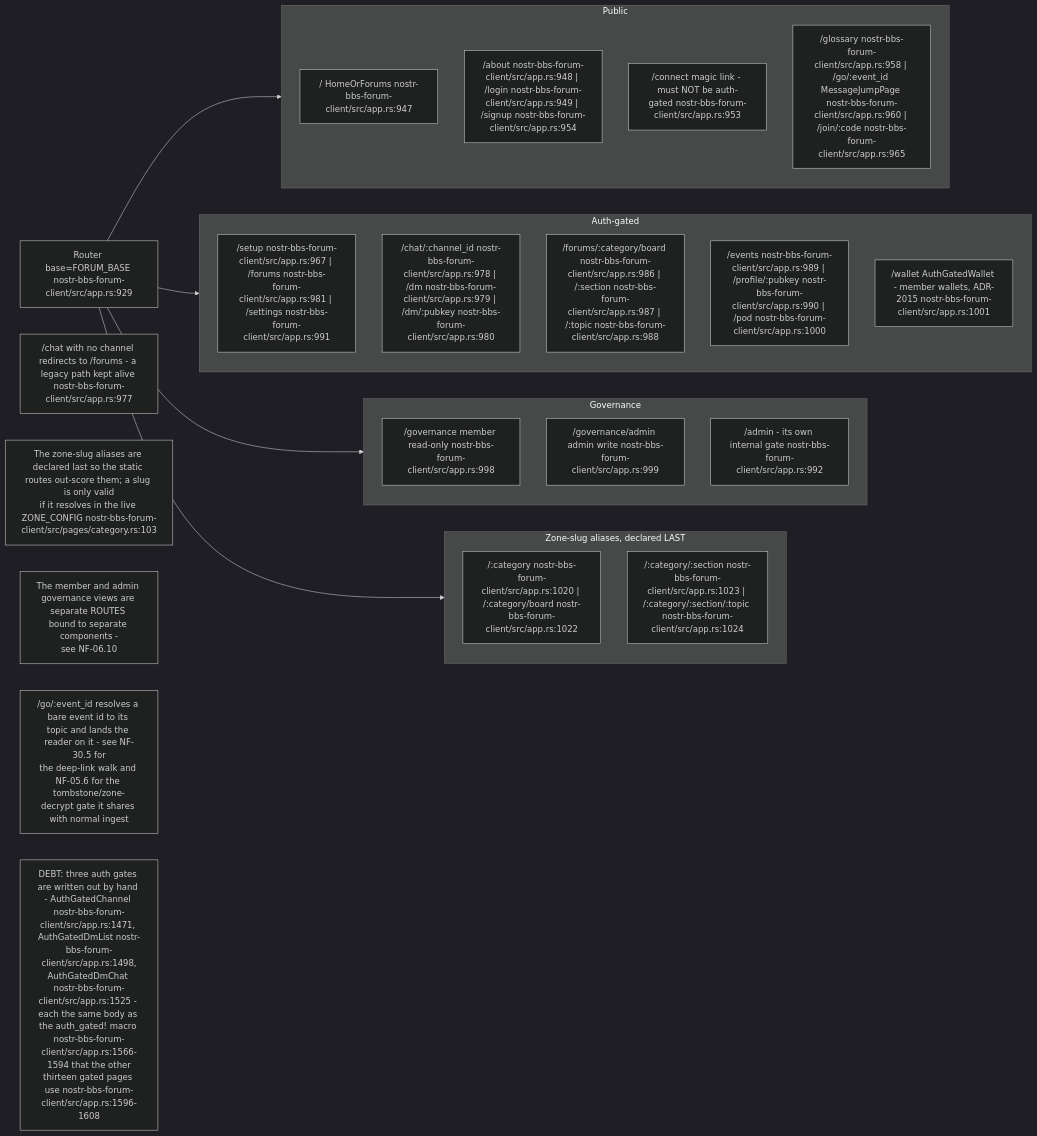
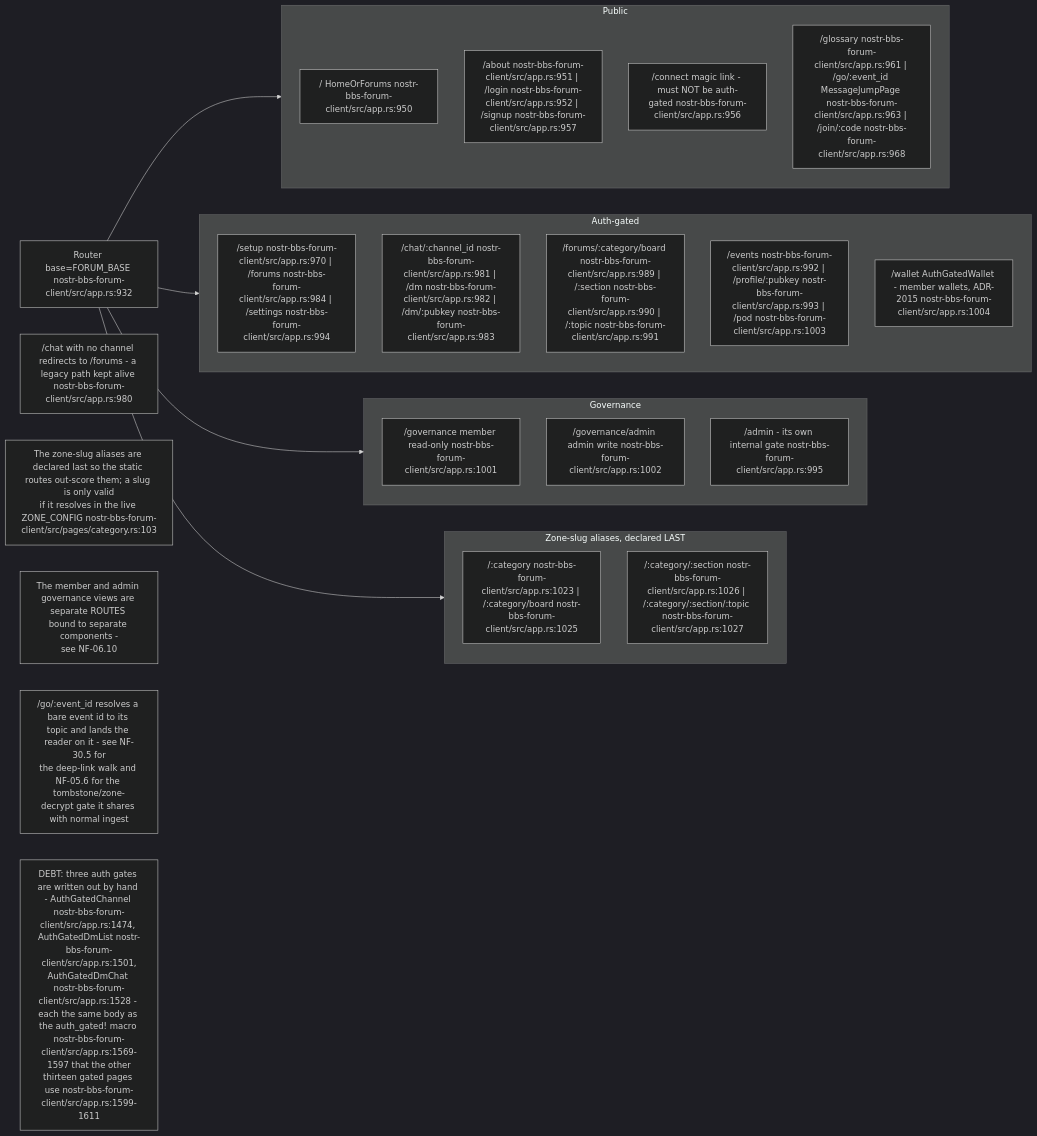
The second of 8 diagrams in docs/diagrams/nostr-rust-forum/05-leptos-clients-onboarding-messaging-governance.md (DreamLab-AI/VisionFlow), drawn with Mermaid (dark theme) before and after one commit. The commit also changed other lines of this file and 23 other files, not shown here.

First line of the commit message:
docs(diagrams): pass C nostr-rust-forum area re-verified at de31aaa

````diff
--- a/docs/diagrams/nostr-rust-forum/05-leptos-clients-onboarding-messaging-governance.md
+++ b/docs/diagrams/nostr-rust-forum/05-leptos-clients-onboarding-messaging-governance.md
@@ -117,33 +117,33 @@
 ```mermaid
 flowchart LR
     subgraph pubroutes["Public"]
-        R1["/ HomeOrForums nostr-bbs-forum-client/src/app.rs:947"]
-        R2["/about nostr-bbs-forum-client/src/app.rs:948 | /login nostr-bbs-forum-client/src/app.rs:949 | /signup nostr-bbs-forum-client/src/app.rs:954"]
-        R3["/connect magic link - must NOT be auth-gated nostr-bbs-forum-client/src/app.rs:953"]
-        R4["/glossary nostr-bbs-forum-client/src/app.rs:958 | /go/:event_id MessageJumpPage nostr-bbs-forum-client/src/app.rs:960 | /join/:code nostr-bbs-forum-client/src/app.rs:965"]
+        R1["/ HomeOrForums nostr-bbs-forum-client/src/app.rs:950"]
+        R2["/about nostr-bbs-forum-client/src/app.rs:951 | /login nostr-bbs-forum-client/src/app.rs:952 | /signup nostr-bbs-forum-client/src/app.rs:957"]
+        R3["/connect magic link - must NOT be auth-gated nostr-bbs-forum-client/src/app.rs:956"]
+        R4["/glossary nostr-bbs-forum-client/src/app.rs:961 | /go/:event_id MessageJumpPage nostr-bbs-forum-client/src/app.rs:963 | /join/:code nostr-bbs-forum-client/src/app.rs:968"]
     end
     subgraph authed["Auth-gated"]
-        R5["/setup nostr-bbs-forum-client/src/app.rs:967 | /forums nostr-bbs-forum-client/src/app.rs:981 | /settings nostr-bbs-forum-client/src/app.rs:991"]
-        R6["/chat/:channel_id nostr-bbs-forum-client/src/app.rs:978 | /dm nostr-bbs-forum-client/src/app.rs:979 | /dm/:pubkey nostr-bbs-forum-client/src/app.rs:980"]
-        R7["/forums/:category/board nostr-bbs-forum-client/src/app.rs:986 | /:section nostr-bbs-forum-client/src/app.rs:987 | /:topic nostr-bbs-forum-client/src/app.rs:988"]
-        R8["/events nostr-bbs-forum-client/src/app.rs:989 | /profile/:pubkey nostr-bbs-forum-client/src/app.rs:990 | /pod nostr-bbs-forum-client/src/app.rs:1000"]
-        R14["/wallet AuthGatedWallet - member wallets, ADR-2015 nostr-bbs-forum-client/src/app.rs:1001"]
+        R5["/setup nostr-bbs-forum-client/src/app.rs:970 | /forums nostr-bbs-forum-client/src/app.rs:984 | /settings nostr-bbs-forum-client/src/app.rs:994"]
+        R6["/chat/:channel_id nostr-bbs-forum-client/src/app.rs:981 | /dm nostr-bbs-forum-client/src/app.rs:982 | /dm/:pubkey nostr-bbs-forum-client/src/app.rs:983"]
+        R7["/forums/:category/board nostr-bbs-forum-client/src/app.rs:989 | /:section nostr-bbs-forum-client/src/app.rs:990 | /:topic nostr-bbs-forum-client/src/app.rs:991"]
+        R8["/events nostr-bbs-forum-client/src/app.rs:992 | /profile/:pubkey nostr-bbs-forum-client/src/app.rs:993 | /pod nostr-bbs-forum-client/src/app.rs:1003"]
+        R14["/wallet AuthGatedWallet - member wallets, ADR-2015 nostr-bbs-forum-client/src/app.rs:1004"]
     end
     subgraph gov["Governance"]
-        R9["/governance member read-only nostr-bbs-forum-client/src/app.rs:998"]
-        R10["/governance/admin admin write nostr-bbs-forum-client/src/app.rs:999"]
-        R11["/admin - its own internal gate nostr-bbs-forum-client/src/app.rs:992"]
+        R9["/governance member read-only nostr-bbs-forum-client/src/app.rs:1001"]
+        R10["/governance/admin admin write nostr-bbs-forum-client/src/app.rs:1002"]
+        R11["/admin - its own internal gate nostr-bbs-forum-client/src/app.rs:995"]
     end
     subgraph zonealias["Zone-slug aliases, declared LAST"]
-        R12["/:category nostr-bbs-forum-client/src/app.rs:1020 | /:category/board nostr-bbs-forum-client/src/app.rs:1022"]
-        R13["/:category/:section nostr-bbs-forum-client/src/app.rs:1023 | /:category/:section/:topic nostr-bbs-forum-client/src/app.rs:1024"]
+        R12["/:category nostr-bbs-forum-client/src/app.rs:1023 | /:category/board nostr-bbs-forum-client/src/app.rs:1025"]
+        R13["/:category/:section nostr-bbs-forum-client/src/app.rs:1026 | /:category/:section/:topic nostr-bbs-forum-client/src/app.rs:1027"]
     end
 
-    ROUTER["Router base=FORUM_BASE nostr-bbs-forum-client/src/app.rs:929"] --> pubroutes & authed & gov & zonealias
+    ROUTER["Router base=FORUM_BASE nostr-bbs-forum-client/src/app.rs:932"] --> pubroutes & authed & gov & zonealias
 
-    N1["/chat with no channel redirects to /forums - a legacy path kept alive nostr-bbs-forum-client/src/app.rs:977"]
+    N1["/chat with no channel redirects to /forums - a legacy path kept alive nostr-bbs-forum-client/src/app.rs:980"]
     N2["The zone-slug aliases are declared last so the static routes out-score them; a slug is only valid<br/>if it resolves in the live ZONE_CONFIG nostr-bbs-forum-client/src/pages/category.rs:103"]
     N3["The member and admin governance views are separate ROUTES bound to separate components -<br/>see NF-06.10"]
     N4["/go/:event_id resolves a bare event id to its topic and lands the reader on it - see NF-30.5 for<br/>the deep-link walk and NF-05.6 for the tombstone/zone-decrypt gate it shares with normal ingest"]
-    N5["DEBT: three auth gates are written out by hand - AuthGatedChannel nostr-bbs-forum-client/src/app.rs:1471, AuthGatedDmList nostr-bbs-forum-client/src/app.rs:1498,<br/>AuthGatedDmChat nostr-bbs-forum-client/src/app.rs:1525 - each the same body as the auth_gated! macro nostr-bbs-forum-client/src/app.rs:1566-1594 that the other<br/>thirteen gated pages use nostr-bbs-forum-client/src/app.rs:1596-1608"]
+    N5["DEBT: three auth gates are written out by hand - AuthGatedChannel nostr-bbs-forum-client/src/app.rs:1474, AuthGatedDmList nostr-bbs-forum-client/src/app.rs:1501,<br/>AuthGatedDmChat nostr-bbs-forum-client/src/app.rs:1528 - each the same body as the auth_gated! macro nostr-bbs-forum-client/src/app.rs:1569-1597 that the other<br/>thirteen gated pages use nostr-bbs-forum-client/src/app.rs:1599-1611"]
 ```
````
